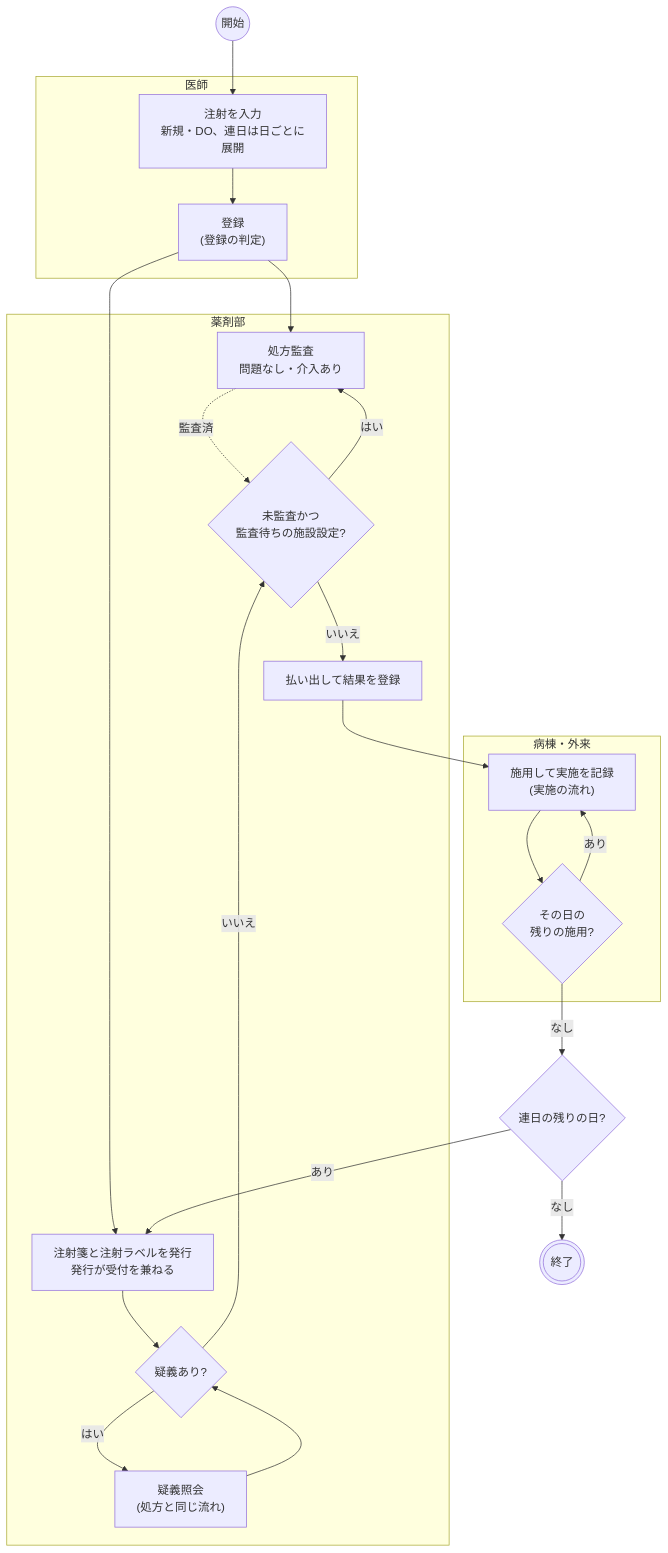
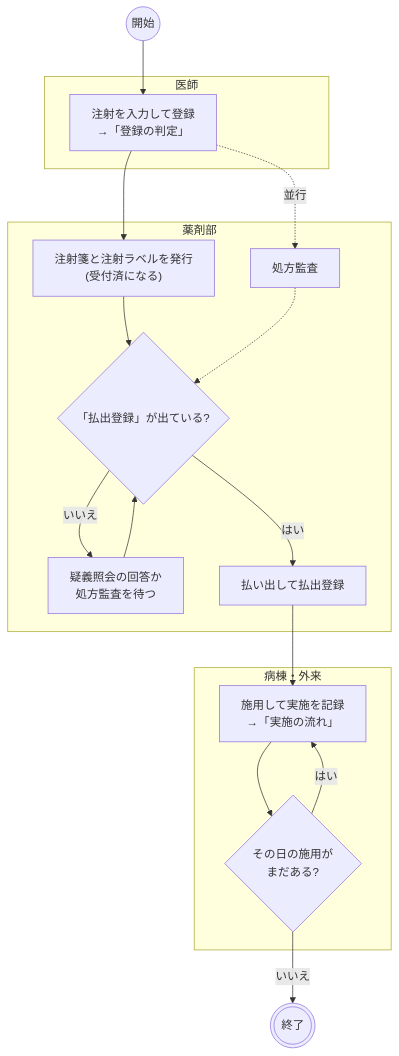
The first of 4 diagrams in docs/flows/injection.md (ysnr-dev/fhir-client-docs), drawn with Mermaid before and after one commit. The commit also changed other lines of this file and 43 other files, not shown here.

Commit message:
docs: 業務フローとシーケンス図を写し直し

````diff
--- a/docs/flows/injection.md
+++ b/docs/flows/injection.md
@@ -36,40 +28,29 @@
 ```mermaid
 flowchart TD
   start(("開始"))
   finish((("終了")))
 
   subgraph doctor["医師"]
-    input["注射を入力<br/>新規・DO、連日は日ごとに展開"]
-    register["登録<br/>(登録の判定)"]
+    register["注射を入力して登録<br/>→「登録の判定」"]
   end
 
   subgraph pharmacy["薬剤部"]
-    verify["処方監査<br/>問題なし・介入あり"]
-    issue["注射箋と注射ラベルを発行<br/>発行が受付を兼ねる"]
-    inquire{"疑義あり?"}
-    inquiry["疑義照会<br/>(処方と同じ流れ)"]
-    wait{"未監査かつ<br/>監査待ちの施設設定?"}
-    dispense["払い出して結果を登録"]
+    verify["処方監査"]
+    issue["注射箋と注射ラベルを発行<br/>(受付済になる)"]
+    ready{"「払出登録」が出ている?"}
+    hold["疑義照会の回答か<br/>処方監査を待つ"]
+    dispense["払い出して払出登録"]
   end
 
   subgraph ward["病棟・外来"]
-    perform["施用して実施を記録<br/>(実施の流れ)"]
-    more{"その日の<br/>残りの施用?"}
+    perform["施用して実施を記録<br/>→「実施の流れ」"]
+    more{"その日の施用が<br/>まだある?"}
   end
 
-  series{"連日の残りの日?"}
-
-  start --> input --> register
-  register --> verify
-  register --> issue
-  issue --> inquire
-  inquire -- "はい" --> inquiry --> inquire
-  inquire -- "いいえ" --> wait
-  verify -. "監査済" .-> wait
-  wait -- "はい" --> verify
-  wait -- "いいえ" --> dispense --> perform --> more
-  more -- "あり" --> perform
-  more -- "なし" --> series
-  series -- "あり" --> issue
-  series -- "なし" --> finish
+  start --> register --> issue --> ready
+  register -. "並行" .-> verify -.-> ready
+  ready -- "いいえ" --> hold --> ready
+  ready -- "はい" --> dispense --> perform --> more
+  more -- "はい" --> perform
+  more -- "いいえ" --> finish
 ```
````
